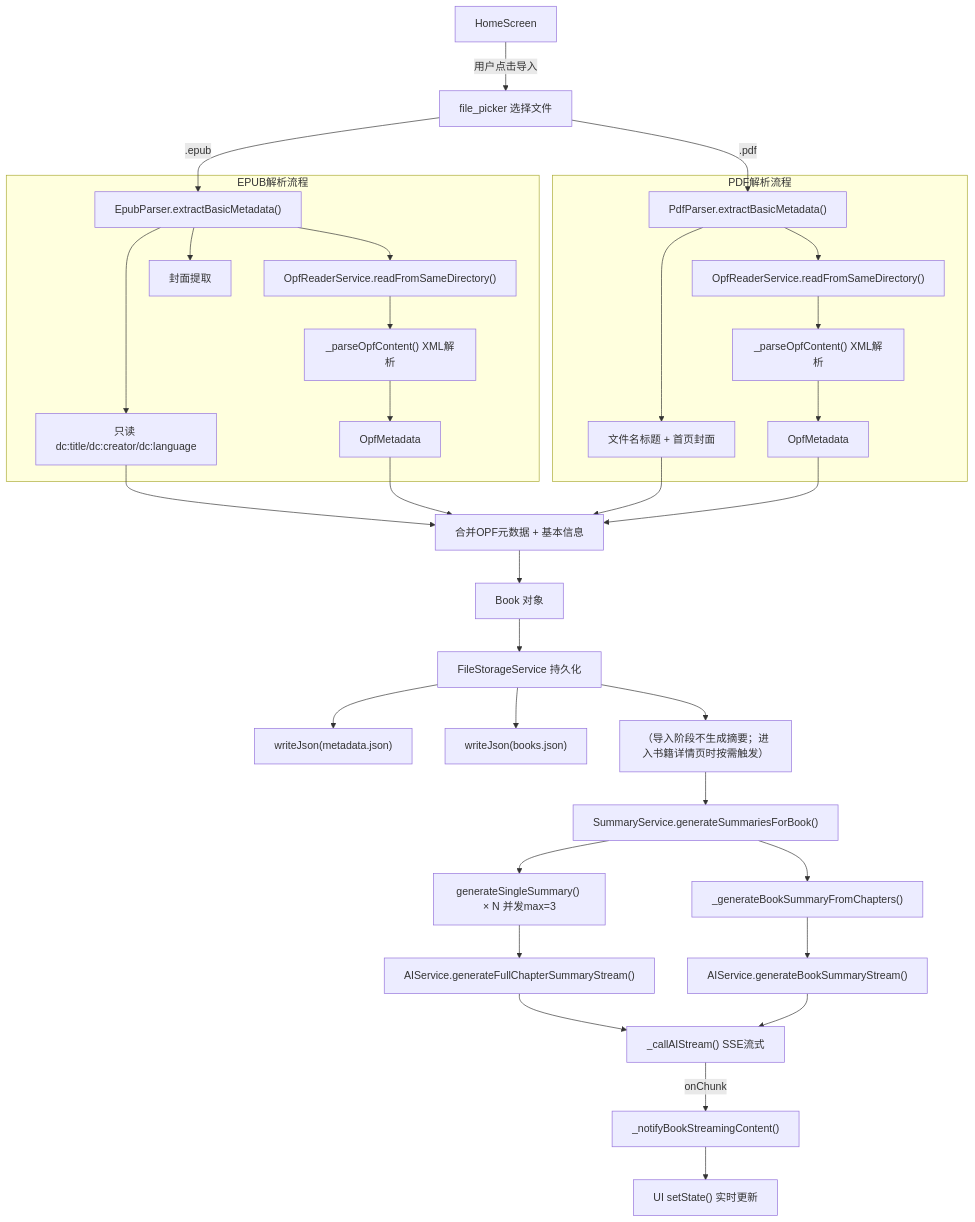
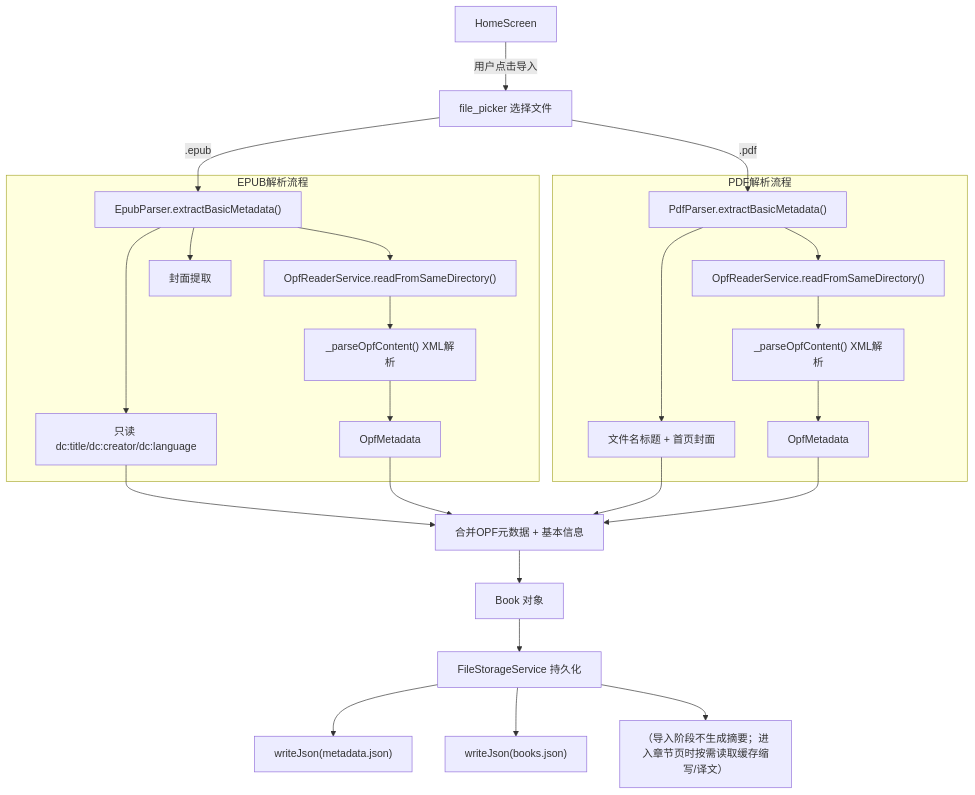
Before and after one commit to jjzhang2000/zhidu: the second of 11 diagrams in docs/function_call_relationships_visual.md, drawn with Mermaid. The commit also changed other lines of this file and 26 other files, not shown here.

````diff
--- a/docs/function_call_relationships_visual.md
+++ b/docs/function_call_relationships_visual.md
@@ -122,45 +122,33 @@
 ```mermaid
 flowchart TD
     UI["HomeScreen"] --> |"用户点击导入"| FP["file_picker 选择文件"]
     FP --> |".epub"| EPUB["EpubParser.extractBasicMetadata()"]
     FP --> |".pdf"| PDF["PdfParser.extractBasicMetadata()"]
 
     subgraph EPUB解析流程
         EPUB --> E1["只读 dc:title/dc:creator/dc:language"]
         EPUB --> E3["封面提取"]
         EPUB --> E4["OpfReaderService.readFromSameDirectory()"]
         E4 --> E5["_parseOpfContent() XML解析"]
         E5 --> E6["OpfMetadata"]
     end
 
     subgraph PDF解析流程
         PDF --> P1["文件名标题 + 首页封面"]
         PDF --> P4["OpfReaderService.readFromSameDirectory()"]
         P4 --> P5["_parseOpfContent() XML解析"]
         P5 --> P6["OpfMetadata"]
     end
 
     E1 --> MERGE["合并OPF元数据 + 基本信息"]
     P1 --> MERGE
     E6 --> MERGE
     P6 --> MERGE
 
     MERGE --> BOOK["Book 对象"]
     BOOK --> SAVE["FileStorageService 持久化"]
     SAVE --> SAVE1["writeJson(metadata.json)"]
     SAVE --> SAVE2["writeJson(books.json)"]
 
-    SAVE --> NOTE["（导入阶段不生成摘要；进入书籍详情页时按需触发）"]
-    NOTE --> GEN["SummaryService.generateSummariesForBook()"]
-    GEN --> CSS["generateSingleSummary() × N 并发max=3"]
-    GEN --> BSC["_generateBookSummaryFromChapters()"]
-
-    CSS --> AI2["AIService.generateFullChapterSummaryStream()"]
-    BSC --> AI3["AIService.generateBookSummaryStream()"]
-
-    AI2 --> SSE["_callAIStream() SSE流式"]
-    AI3 --> SSE
-
-    SSE --> |"onChunk"| NOTIFY["_notifyBookStreamingContent()"]
-    NOTIFY --> UI_UPDATE["UI setState() 实时更新"]
+    SAVE --> NOTE["（导入阶段不生成摘要；进入章节页时按需读取缓存缩写/译文）"]
 ```
````
